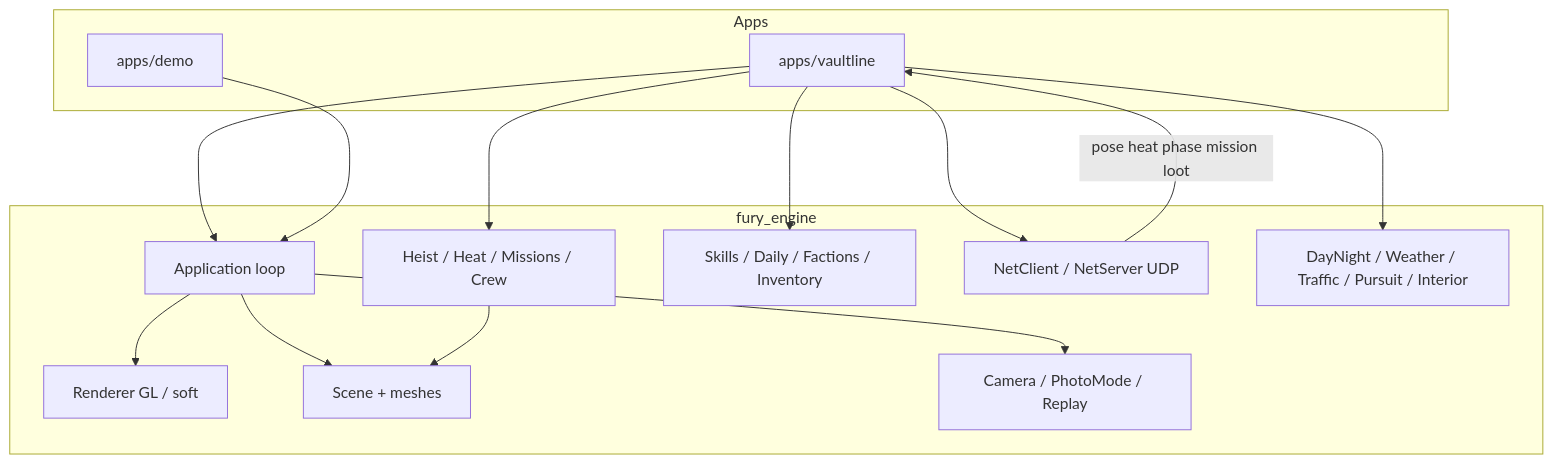
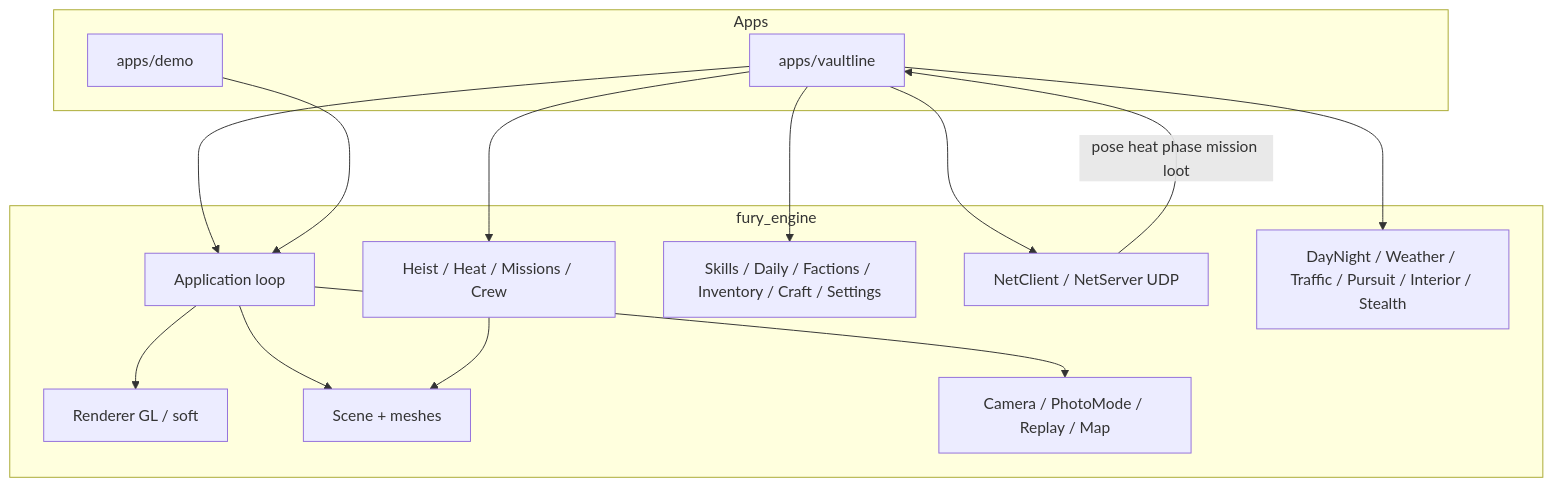
Before and after one commit to Z5zi/Fury: the diagram in README.md, drawn with Mermaid. The commit also changed other lines of this file and 5 other files, not shown here.

````diff
--- a/README.md
+++ b/README.md
@@ -328,28 +333,28 @@
 ```mermaid
 flowchart TB
   subgraph Apps
     VL[apps/vaultline]
     Demo[apps/demo]
   end
   subgraph Engine["fury_engine"]
     App[Application loop]
     R[Renderer GL / soft]
     Scene[Scene + meshes]
     Game[Heist / Heat / Missions / Crew]
-    Meta[Skills / Daily / Factions / Inventory]
+    Meta[Skills / Daily / Factions / Inventory / Craft / Settings]
     Net[NetClient / NetServer UDP]
-    World[DayNight / Weather / Traffic / Pursuit / Interior]
-    Cam[Camera / PhotoMode / Replay]
+    World[DayNight / Weather / Traffic / Pursuit / Interior / Stealth]
+    Cam[Camera / PhotoMode / Replay / Map]
   end
   VL --> App
   Demo --> App
   App --> R
   App --> Scene
   App --> Cam
   VL --> Game
   VL --> Meta
   VL --> Net
   VL --> World
   Game --> Scene
   Net -->|pose heat phase mission loot| VL
 ```
````
